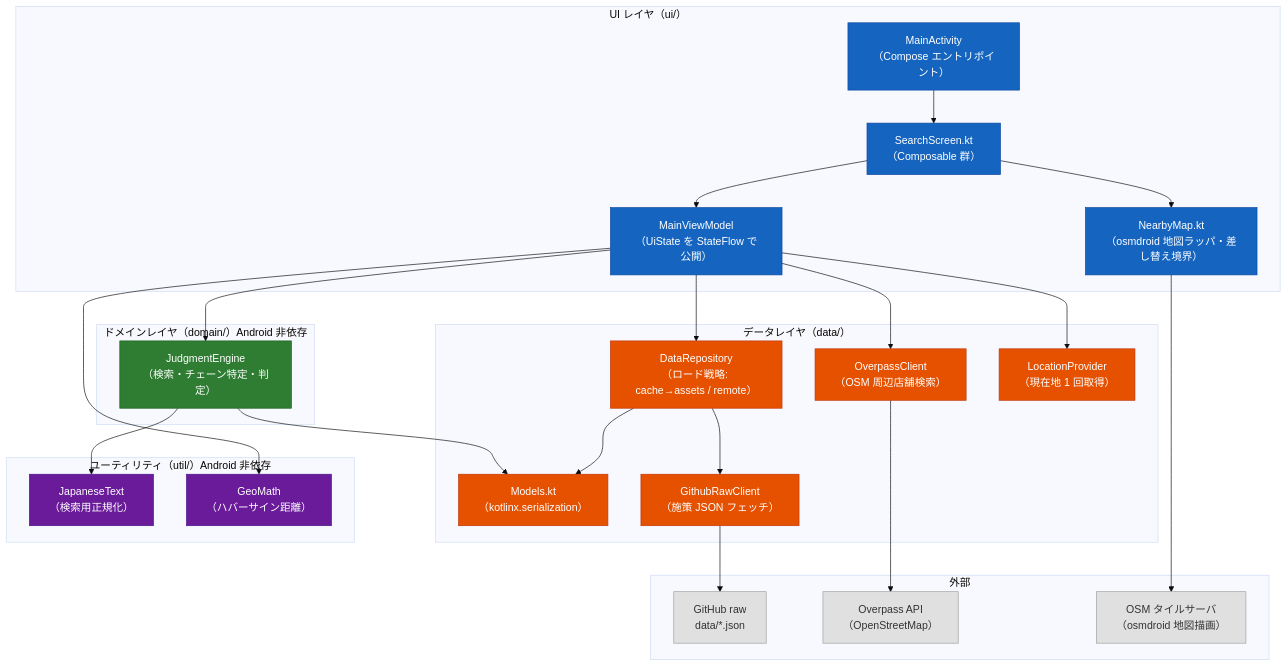
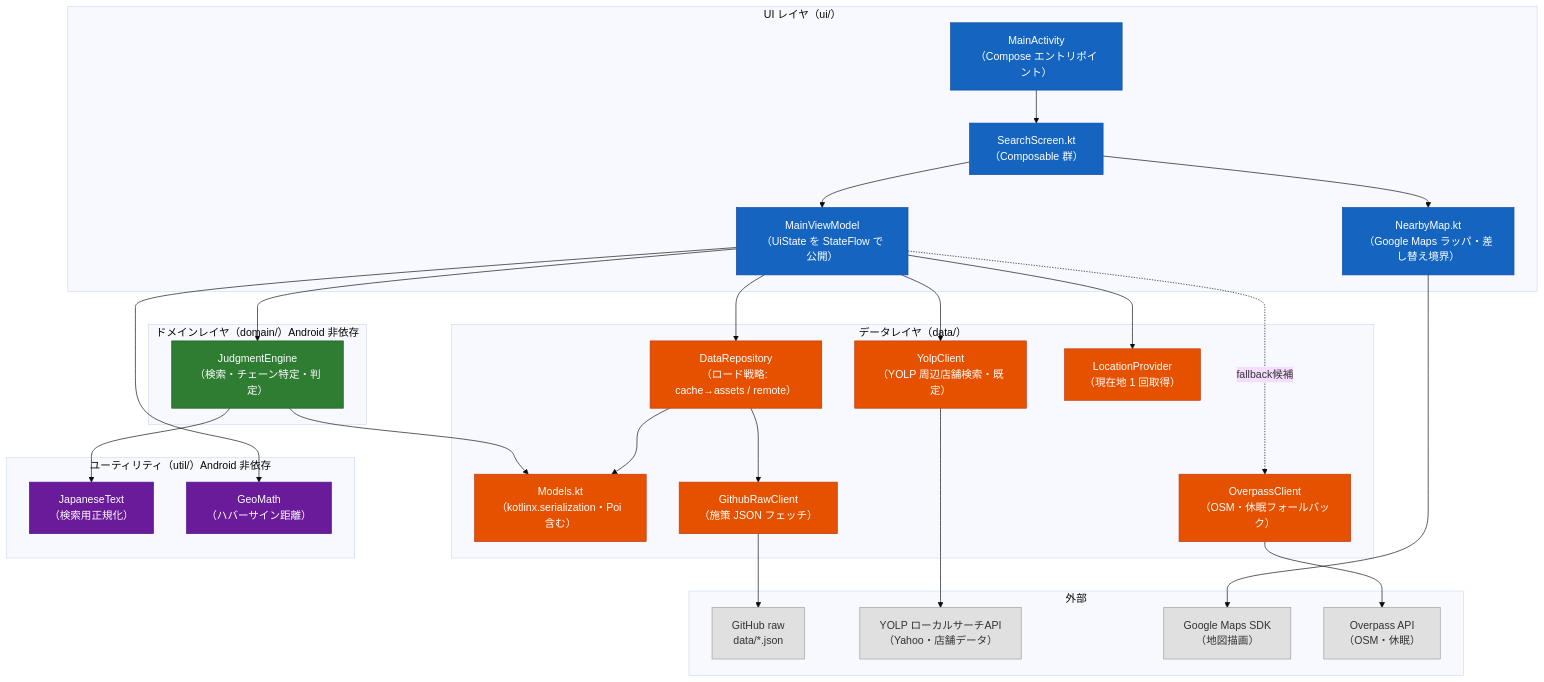
Before and after one commit to ktakjm/poikatsu: the first of 6 diagrams in docs/code-guide.md, drawn with Mermaid (base theme). The commit also changed other lines of this file and 3 other files, not shown here.

First line of the commit message:
docs: record Google Maps + YOLP migration, terms, and follow-ups

````diff
--- a/docs/code-guide.md
+++ b/docs/code-guide.md
@@ -13,60 +13,66 @@
 ```mermaid
 graph TD
     subgraph ui["UI レイヤ（ui/）"]
         ACT["MainActivity<br/>（Compose エントリポイント）"]
         SCR["SearchScreen.kt<br/>（Composable 群）"]
         VM["MainViewModel<br/>（UiState を StateFlow で公開）"]
-        MAP["NearbyMap.kt<br/>（osmdroid 地図ラッパ・差し替え境界）"]
+        MAP["NearbyMap.kt<br/>（Google Maps ラッパ・差し替え境界）"]
     end
     subgraph domain["ドメインレイヤ（domain/）Android 非依存"]
         ENG["JudgmentEngine<br/>（検索・チェーン特定・判定）"]
     end
     subgraph dat["データレイヤ（data/）"]
         REPO["DataRepository<br/>（ロード戦略: cache→assets / remote）"]
-        MODELS["Models.kt<br/>（kotlinx.serialization）"]
+        MODELS["Models.kt<br/>（kotlinx.serialization・Poi 含む）"]
         GH["GithubRawClient<br/>（施策 JSON フェッチ）"]
-        OP["OverpassClient<br/>（OSM 周辺店舗検索）"]
+        YL["YolpClient<br/>（YOLP 周辺店舗検索・既定）"]
+        OP["OverpassClient<br/>（OSM・休眠フォールバック）"]
         LOC["LocationProvider<br/>（現在地 1 回取得）"]
     end
     subgraph util["ユーティリティ（util/）Android 非依存"]
         JT["JapaneseText<br/>（検索用正規化）"]
         GEO["GeoMath<br/>（ハバーサイン距離）"]
     end
     subgraph ext["外部"]
         RAW["GitHub raw<br/>data/*.json"]
-        OSM["Overpass API<br/>（OpenStreetMap）"]
-        OSMTILE["OSM タイルサーバ<br/>（osmdroid 地図描画）"]
+        YOLP["YOLP ローカルサーチAPI<br/>（Yahoo・店舗データ）"]
+        GMAP["Google Maps SDK<br/>（地図描画）"]
+        OSM["Overpass API<br/>（OSM・休眠）"]
     end
 
     ACT --> SCR
     SCR --> VM
     SCR --> MAP
-    MAP --> OSMTILE
+    MAP --> GMAP
     VM --> ENG
     VM --> REPO
-    VM --> OP
+    VM --> YL
+    VM -.->|fallback候補| OP
     VM --> LOC
     VM --> GEO
     ENG --> JT
     ENG --> MODELS
     REPO --> MODELS
     REPO --> GH
     GH --> RAW
+    YL --> YOLP
     OP --> OSM
 
     style ACT fill:#1565C0,stroke:#0D47A1,color:#fff
     style SCR fill:#1565C0,stroke:#0D47A1,color:#fff
     style VM fill:#1565C0,stroke:#0D47A1,color:#fff
     style ENG fill:#2E7D32,stroke:#1B5E20,color:#fff
     style REPO fill:#E65100,stroke:#BF360C,color:#fff
     style MODELS fill:#E65100,stroke:#BF360C,color:#fff
     style GH fill:#E65100,stroke:#BF360C,color:#fff
+    style YL fill:#E65100,stroke:#BF360C,color:#fff
     style OP fill:#E65100,stroke:#BF360C,color:#fff
     style LOC fill:#E65100,stroke:#BF360C,color:#fff
     style JT fill:#6A1B9A,stroke:#4A148C,color:#fff
     style GEO fill:#6A1B9A,stroke:#4A148C,color:#fff
     style RAW fill:#E0E0E0,stroke:#9E9E9E,color:#333
+    style YOLP fill:#E0E0E0,stroke:#9E9E9E,color:#333
+    style GMAP fill:#E0E0E0,stroke:#9E9E9E,color:#333
     style OSM fill:#E0E0E0,stroke:#9E9E9E,color:#333
-    style OSMTILE fill:#E0E0E0,stroke:#9E9E9E,color:#333
     style MAP fill:#1565C0,stroke:#0D47A1,color:#fff
 ```
````
